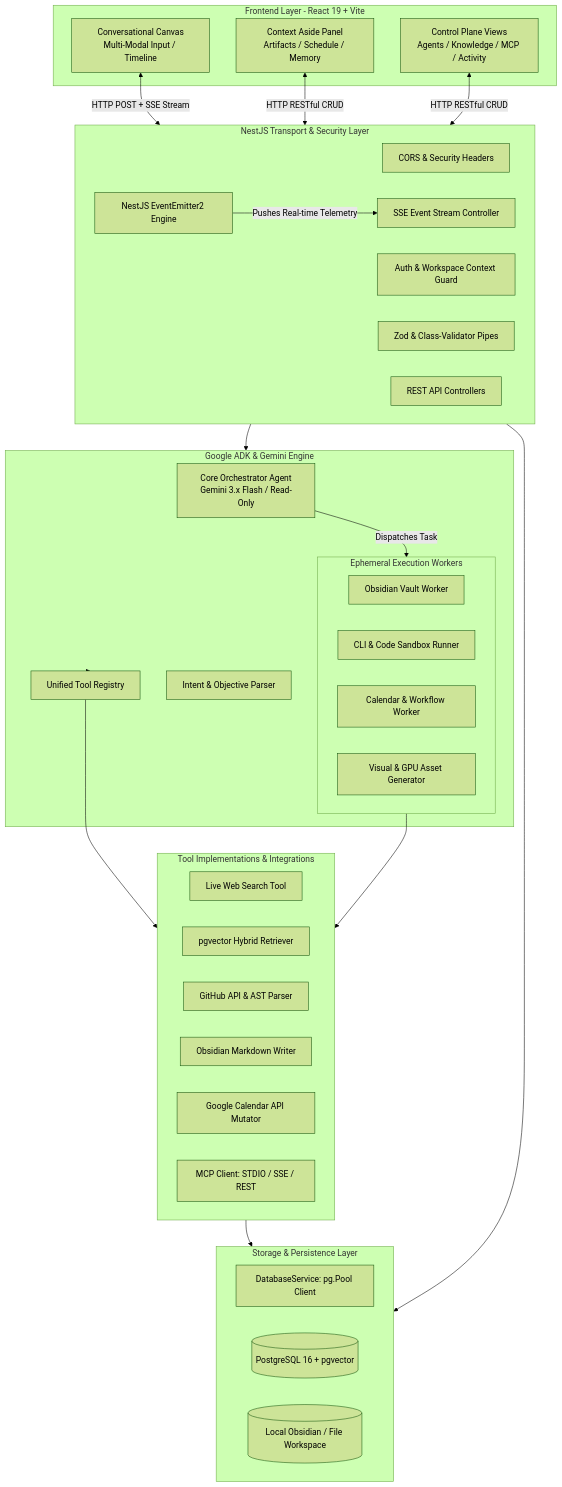
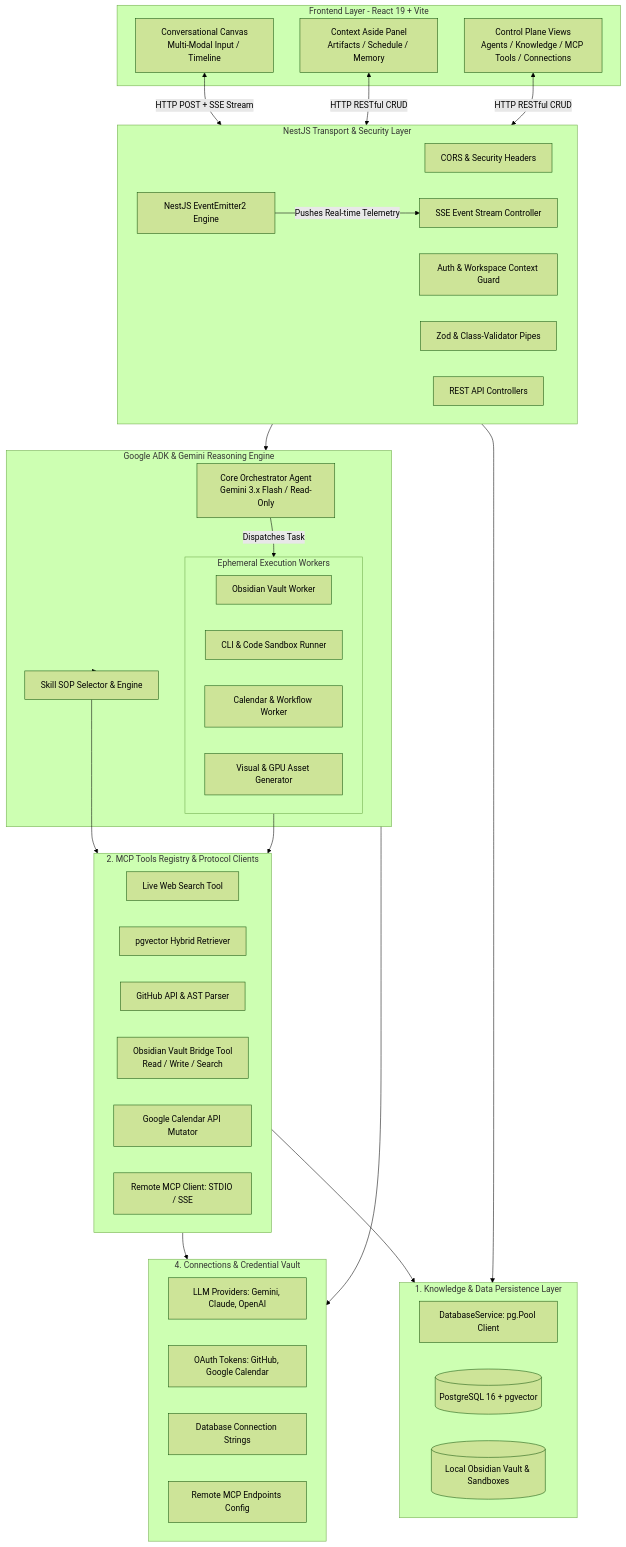
Before and after one commit to hasibashari/contextforge: the first of 3 diagrams in docs/TDD.md, drawn with Mermaid (forest theme). The commit also changed other lines of this file and 31 other files, not shown here.

Commit message:
refactor: remove plugin architecture in favor of a centralized connection-based ecosystem and update schema to support workspace connections

````diff
--- a/docs/TDD.md
+++ b/docs/TDD.md
@@ -27,60 +56,69 @@
 ```mermaid
 flowchart TB
     subgraph Client_Layer [Frontend Layer - React 19 + Vite]
         UI_Chat[Conversational Canvas\nMulti-Modal Input / Timeline]
         UI_Aside[Context Aside Panel\nArtifacts / Schedule / Memory]
-        UI_Control[Control Plane Views\nAgents / Knowledge / MCP / Activity]
+        UI_Control[Control Plane Views\nAgents / Knowledge / MCP Tools / Connections]
     end
 
     subgraph Transport_Layer [NestJS Transport & Security Layer]
         CORS[CORS & Security Headers]
         Auth[Auth & Workspace Context Guard]
         Validation[Zod & Class-Validator Pipes]
         SSE_Stream[SSE Event Stream Controller]
         REST_Ctrl[REST API Controllers]
         EventBus[NestJS EventEmitter2 Engine]
     end
 
-    subgraph Agentic_Core_Layer [Google ADK & Gemini Engine]
+    subgraph Agentic_Core_Layer [Google ADK & Gemini Reasoning Engine]
         CoreOrchestrator[Core Orchestrator Agent\nGemini 3.x Flash / Read-Only]
-        IntentParser[Intent & Objective Parser]
-        ToolRegistry[Unified Tool Registry]
+        SkillSelector[Skill SOP Selector & Engine]
         
         subgraph Side_Agents_Pool [Ephemeral Execution Workers]
             ObsidianWorker[Obsidian Vault Worker]
             CodeWorker[CLI & Code Sandbox Runner]
             CalendarWorker[Calendar & Workflow Worker]
             VisualWorker[Visual & GPU Asset Generator]
         end
     end
 
-    subgraph Tooling_Layer [Tool Implementations & Integrations]
+    subgraph Tooling_MCP_Layer [2. MCP Tools Registry & Protocol Clients]
         Tool_Search[Live Web Search Tool]
         Tool_RAG[pgvector Hybrid Retriever]
         Tool_Git[GitHub API & AST Parser]
-        Tool_Obsidian[Obsidian Markdown Writer]
+        Tool_Obsidian[Obsidian Vault Bridge Tool\nRead / Write / Search]
         Tool_Calendar[Google Calendar API Mutator]
-        Tool_MCP[MCP Client: STDIO / SSE / REST]
+        Tool_MCP_Remote[Remote MCP Client: STDIO / SSE]
     end
 
-    subgraph Persistence_Layer [Storage & Persistence Layer]
+    subgraph Connection_Layer [4. Connections & Credential Vault]
+        Conn_LLM[LLM Providers: Gemini, Claude, OpenAI]
+        Conn_OAuth[OAuth Tokens: GitHub, Google Calendar]
+        Conn_DB[Database Connection Strings]
+        Conn_RemoteMCP[Remote MCP Endpoints Config]
+    end
+
+    subgraph Persistence_Layer [1. Knowledge & Data Persistence Layer]
         DatabaseService[DatabaseService: pg.Pool Client]
         Postgres[(PostgreSQL 16 + pgvector)]
-        LocalVaults[(Local Obsidian / File Workspace)]
+        LocalVaults[(Local Obsidian Vault & Sandboxes)]
     end
 
     UI_Chat <-->|HTTP POST + SSE Stream| Transport_Layer
     UI_Aside <-->|HTTP RESTful CRUD| Transport_Layer
     UI_Control <-->|HTTP RESTful CRUD| Transport_Layer
 
     Transport_Layer --> Agentic_Core_Layer
-    Agentic_Core_Layer --> ToolRegistry
-    ToolRegistry --> Tooling_Layer
+    Agentic_Core_Layer --> SkillSelector
+    SkillSelector --> Tooling_MCP_Layer
+    
+    CoreOrchestrator -->|Dispatches Task| Side_Agents_Pool
+    Side_Agents_Pool --> Tooling_MCP_Layer
 
-    CoreOrchestrator -->|Dispatches Task| Side_Agents_Pool
-    Side_Agents_Pool --> Tooling_Layer
-
-    Tooling_Layer --> Persistence_Layer
+    Tooling_MCP_Layer --> Connection_Layer
+    Agentic_Core_Layer --> Connection_Layer
+    
+    Tooling_MCP_Layer --> Persistence_Layer
     Transport_Layer --> Persistence_Layer
     EventBus -->|Pushes Real-time Telemetry| SSE_Stream
 ```
````
